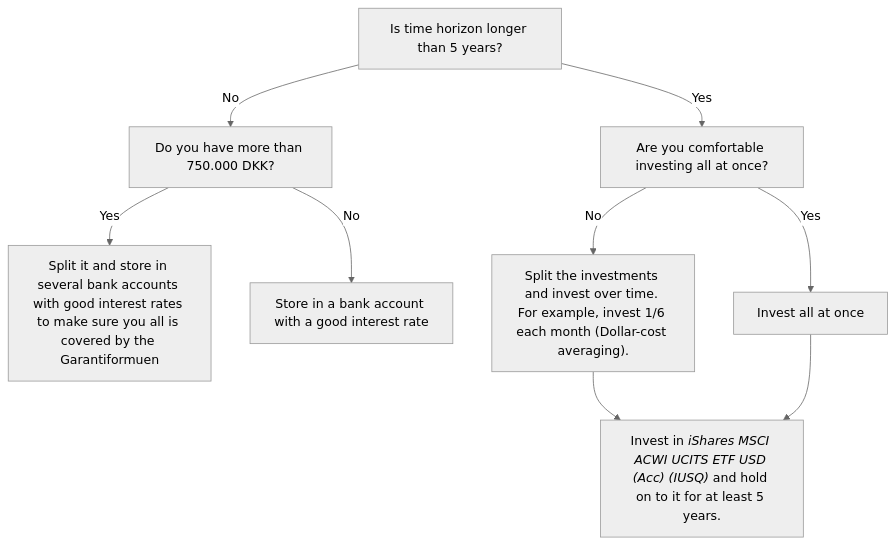
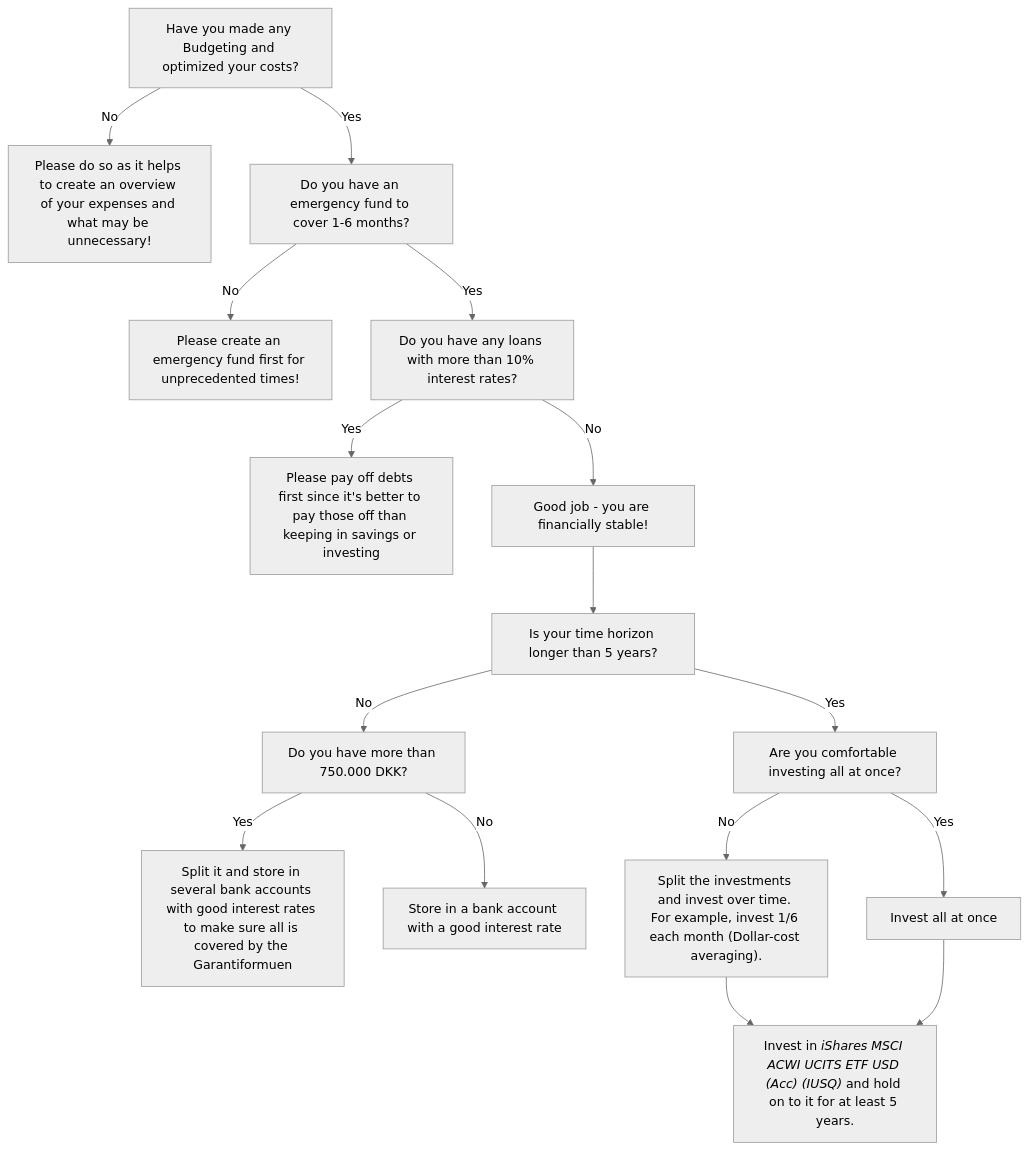
Before and after one commit to dk-invest-101/dk-invest-101.github.io: the diagram in docs/Investing Flowchart.mdx, drawn with Mermaid (neutral theme). The commit also changed 13 other files, not shown here.

````diff
--- a/docs/Investing Flowchart.mdx
+++ b/docs/Investing Flowchart.mdx
@@ -9,12 +9,26 @@
 ```mermaid
 flowchart TD
-    A[Is time horizon longer than 5 years?]
-    A -->|No| B[Do you have more than 750.000 DKK?]
-    B -->|Yes| B1["`Split it and store in several bank accounts with good interest rates to make sure you all is covered by the Garantiformuen`"]
-    B -->|No| B2["`Store in a bank account with a good interest rate`"]
-    A -->|Yes| C["`Are you comfortable investing all at once?`"]
-    C -->|No| D["`Split the investments and invest over time. For example, invest 1/6 each month (Dollar-cost averaging).`"]
-    C -->|Yes| E["`Invest all at once`"]
-    D --> X["`Invest in _iShares MSCI ACWI UCITS ETF USD (Acc) (IUSQ)_ and hold on to it for at least 5 years.`"]
-    E --> X
+    A["`Have you made any Budgeting and optimized your costs?`"]
+    A -->|No| B["`Please do so as it helps to create an overview of your expenses and what may be unnecessary!`"]
+    A -->|Yes| C["`Do you have an emergency fund to cover 1-6 months?`"]
+    C -->|No| D["`Please create an emergency fund first for unprecedented times!`"]
+    C -->|Yes| E["`Do you have any loans with more than 10% interest rates?`"]
+    E -->|Yes| G["`Please pay off debts first since it's better to pay those off than keeping in savings or investing`"]
+    E -->|No| F["`Good job - you are financially stable!`"]
+    F --> H["`Is your time horizon longer than 5 years?`"]
+    H -->|No| I["Do you have more than 750.000 DKK?"]
+    I -->|Yes| J["`Split it and store in several bank accounts with good interest rates to make sure all is covered by the Garantiformuen`"]
+    I -->|No| K["`Store in a bank account with a good interest rate`"]
+    H -->|Yes| L["`Are you comfortable investing all at once?`"]
+    L -->|No| M["`Split the investments and invest over time. For example, invest 1/6 each month (Dollar-cost averaging).`"]
+    L -->|Yes| N["`Invest all at once`"]
+    M & N --> O["`Invest in _iShares MSCI ACWI UCITS ETF USD (Acc) (IUSQ)_ and hold on to it for at least 5 years.`"]
+    click B "https://dk-invest-101.github.io/Budgeting%20before%20Investing"
+    click D "https://dk-invest-101.github.io/Budgeting%20before%20Investing#emergency-fund"
+    click G "https://ukpersonal.finance/debt/#Why_interest_is_a_killer_%F0%9F%9A%92"
+    click H "https://dk-invest-101.github.io/Budgeting%20before%20Investing#financial-planning"
+    click J "https://dk-invest-101.github.io/QandA#where-to-safely-store-large-sums-of-money"
+    click O "https://dk-invest-101.github.io/How%20to%20choose%20your%20ETFs%20&%20Stocks#deciding-on-an-etf"
+    click M "https://dk-invest-101.github.io/QandA#invest-a-large-sum-all-at-once-or-over-a-period-of-months"
+    click N "https://dk-invest-101.github.io/QandA#invest-a-large-sum-all-at-once-or-over-a-period-of-months"
 ```
````
